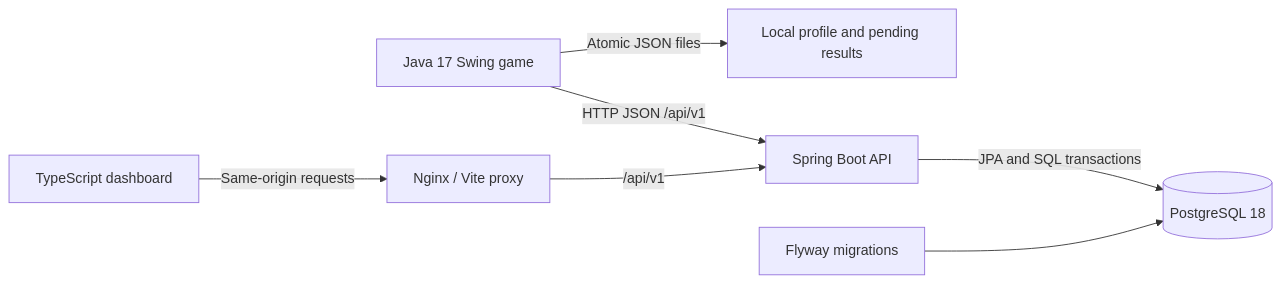
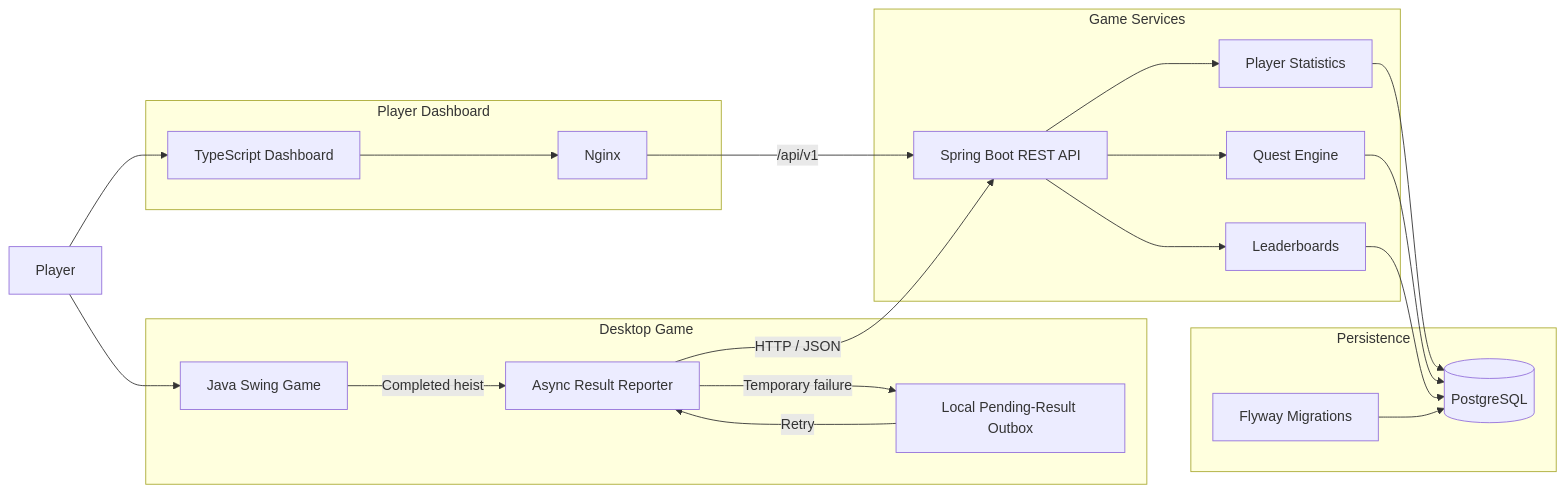
One commit to Osman-mohamad-eng/bank-robber-chase-game changed the diagram in README.md. Above: the diagram before and after it, drawn with Mermaid. The commit also changed other lines of this file, not shown here.

First line of the commit message:
Revise README for game services platform details

````diff
--- a/README.md
+++ b/README.md
@@ -24,9 +36,47 @@
 ```mermaid
 flowchart LR
-    Game["Java 17 Swing game"] -->|"HTTP JSON /api/v1"| API["Spring Boot API"]
-    Game -->|"Atomic JSON files"| Outbox["Local profile and pending results"]
-    Browser["TypeScript dashboard"] -->|"Same-origin requests"| Proxy["Nginx / Vite proxy"]
+    Player["Player"]
+
+    subgraph Client["Desktop Game"]
+        Game["Java Swing Game"]
+        Reporter["Async Result Reporter"]
+        Outbox["Local Pending-Result Outbox"]
+    end
+
+    subgraph Services["Game Services"]
+        API["Spring Boot REST API"]
+        Stats["Player Statistics"]
+        Quests["Quest Engine"]
+        Boards["Leaderboards"]
+    end
+
+    subgraph Data["Persistence"]
+        DB[("PostgreSQL")]
+        Flyway["Flyway Migrations"]
+    end
+
+    subgraph Web["Player Dashboard"]
+        Dashboard["TypeScript Dashboard"]
+        Proxy["Nginx"]
+    end
+
+    Player --> Game
+
+    Game -->|"Completed heist"| Reporter
+    Reporter -->|"HTTP / JSON"| API
+    Reporter -->|"Temporary failure"| Outbox
+    Outbox -->|"Retry"| Reporter
+
+    API --> Stats
+    API --> Quests
+    API --> Boards
+
+    Stats --> DB
+    Quests --> DB
+    Boards --> DB
+    Flyway --> DB
+
+    Player --> Dashboard
+    Dashboard --> Proxy
     Proxy -->|"/api/v1"| API
-    API -->|"JPA and SQL transactions"| DB[("PostgreSQL 18")]
-    Flyway["Flyway migrations"] --> DB
 ```
````
